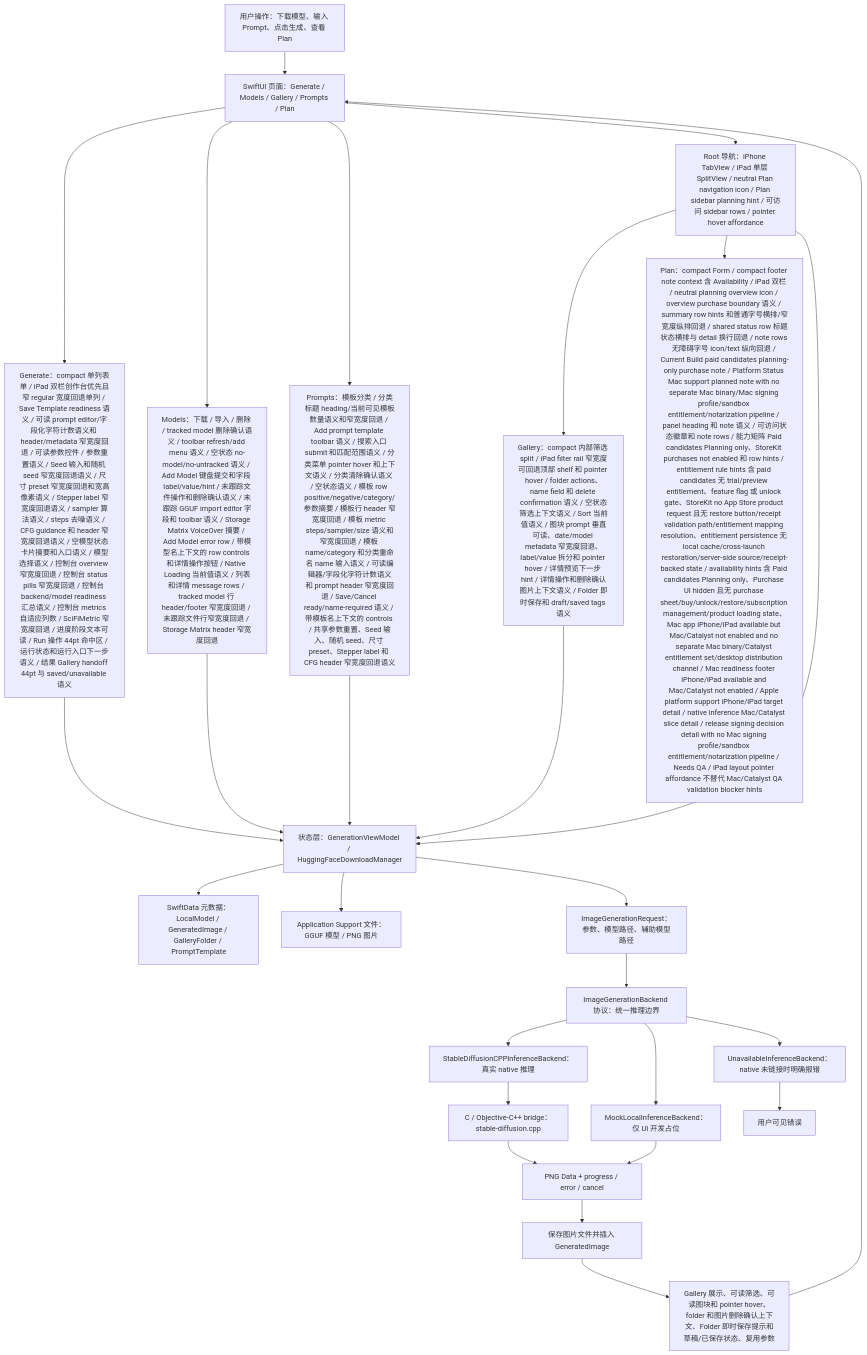
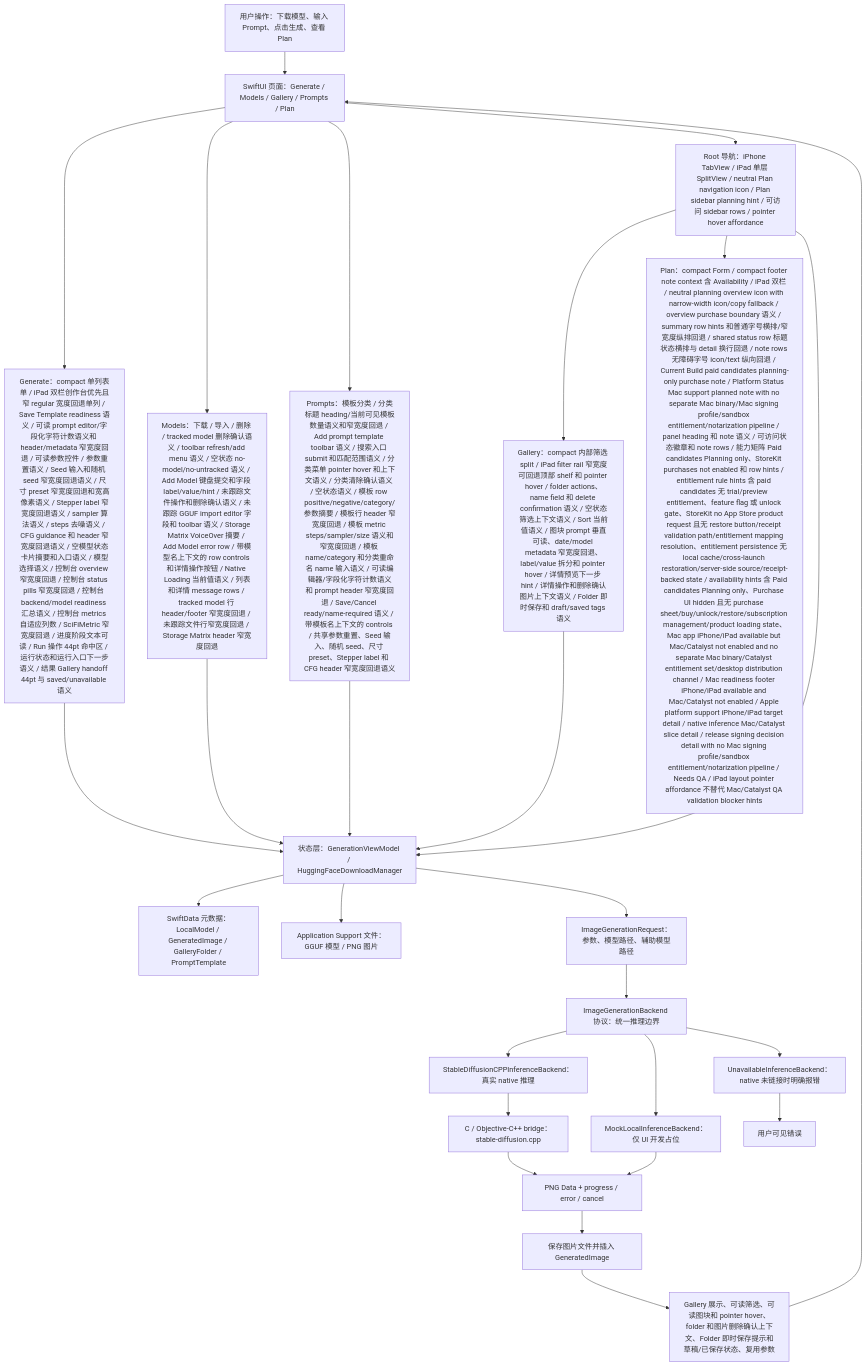
One commit to Altman-sam114/118 changed the first of 7 diagrams in md/flow/flowchart.md. Above: the diagram before and after it, drawn with Mermaid. The commit also changed 4 other files, not shown here.

First line of the commit message:
v1.148: Plan overview fallback

````diff
--- a/md/flow/flowchart.md
+++ b/md/flow/flowchart.md
@@ -9,29 +9,29 @@
 ```mermaid
 flowchart TD
   U["用户操作：下载模型、输入 Prompt、点击生成、查看 Plan"] --> UI["SwiftUI 页面：Generate / Models / Gallery / Prompts / Plan"]
   UI --> GENUI["Generate：compact 单列表单 / iPad 双栏创作台优先且窄 regular 宽度回退单列 / Save Template readiness 语义 / 可读 prompt editor/字段化字符计数语义和 header/metadata 窄宽度回退 / 可读参数控件 / 参数重置语义 / Seed 输入和随机 seed 窄宽度回退语义 / 尺寸 preset 窄宽度回退和宽高像素语义 / Stepper label 窄宽度回退语义 / sampler 算法语义 / steps 去噪语义 / CFG guidance 和 header 窄宽度回退语义 / 空模型状态卡片摘要和入口语义 / 模型选择语义 / 控制台 overview 窄宽度回退 / 控制台 status pills 窄宽度回退 / 控制台 backend/model readiness 汇总语义 / 控制台 metrics 自适应列数 / SciFiMetric 窄宽度回退 / 进度阶段文本可读 / Run 操作 44pt 命中区 / 运行状态和运行入口下一步语义 / 结果 Gallery handoff 44pt 与 saved/unavailable 语义"]
   UI --> MODELUI["Models：下载 / 导入 / 删除 / tracked model 删除确认语义 / toolbar refresh/add menu 语义 / 空状态 no-model/no-untracked 语义 / Add Model 键盘提交和字段 label/value/hint / 未跟踪文件操作和删除确认语义 / 未跟踪 GGUF import editor 字段和 toolbar 语义 / Storage Matrix VoiceOver 摘要 / Add Model error row / 带模型名上下文的 row controls 和详情操作按钮 / Native Loading 当前值语义 / 列表和详情 message rows / tracked model 行 header/footer 窄宽度回退 / 未跟踪文件行窄宽度回退 / Storage Matrix header 窄宽度回退"]
   UI --> PROMPTUI["Prompts：模板分类 / 分类标题 heading/当前可见模板数量语义和窄宽度回退 / Add prompt template toolbar 语义 / 搜索入口 submit 和匹配范围语义 / 分类菜单 pointer hover 和上下文语义 / 分类清除确认语义 / 空状态语义 / 模板 row positive/negative/category/参数摘要 / 模板行 header 窄宽度回退 / 模板 metric steps/sampler/size 语义和窄宽度回退 / 模板 name/category 和分类重命名 name 输入语义 / 可读编辑器/字段化字符计数语义和 prompt header 窄宽度回退 / Save/Cancel ready/name-required 语义 / 带模板名上下文的 controls / 共享参数重置、Seed 输入、随机 seed、尺寸 preset、Stepper label 和 CFG header 窄宽度回退语义"]
   UI --> NAV["Root 导航：iPhone TabView / iPad 单层 SplitView / neutral Plan navigation icon / Plan sidebar planning hint / 可访问 sidebar rows / pointer hover affordance"]
   NAV --> GALUI["Gallery：compact 内部筛选 split / iPad filter rail 窄宽度可回退顶部 shelf 和 pointer hover / folder actions、name field 和 delete confirmation 语义 / 空状态筛选上下文语义 / Sort 当前值语义 / 图块 prompt 垂直可读、date/model metadata 窄宽度回退、label/value 拆分和 pointer hover / 详情预览下一步 hint / 详情操作和删除确认图片上下文语义 / Folder 即时保存和 draft/saved tags 语义"]
-  NAV --> PLANUI["Plan：compact Form / compact footer note context 含 Availability / iPad 双栏 / neutral planning overview icon / overview purchase boundary 语义 / summary row hints 和普通字号横排/窄宽度纵排回退 / shared status row 标题状态横排与 detail 换行回退 / note rows 无障碍字号 icon/text 纵向回退 / Current Build paid candidates planning-only purchase note / Platform Status Mac support planned note with no separate Mac binary/Mac signing profile/sandbox entitlement/notarization pipeline / panel heading 和 note 语义 / 可访问状态徽章和 note rows / 能力矩阵 Paid candidates Planning only、StoreKit purchases not enabled 和 row hints / entitlement rule hints 含 paid candidates 无 trial/preview entitlement、feature flag 或 unlock gate、StoreKit no App Store product request 且无 restore button/receipt validation path/entitlement mapping resolution、entitlement persistence 无 local cache/cross-launch restoration/server-side source/receipt-backed state / availability hints 含 Paid candidates Planning only、Purchase UI hidden 且无 purchase sheet/buy/unlock/restore/subscription management/product loading state、Mac app iPhone/iPad available but Mac/Catalyst not enabled and no separate Mac binary/Catalyst entitlement set/desktop distribution channel / Mac readiness footer iPhone/iPad available and Mac/Catalyst not enabled / Apple platform support iPhone/iPad target detail / native inference Mac/Catalyst slice detail / release signing decision detail with no Mac signing profile/sandbox entitlement/notarization pipeline / Needs QA / iPad layout pointer affordance 不替代 Mac/Catalyst QA validation blocker hints"]
+  NAV --> PLANUI["Plan：compact Form / compact footer note context 含 Availability / iPad 双栏 / neutral planning overview icon with narrow-width icon/copy fallback / overview purchase boundary 语义 / summary row hints 和普通字号横排/窄宽度纵排回退 / shared status row 标题状态横排与 detail 换行回退 / note rows 无障碍字号 icon/text 纵向回退 / Current Build paid candidates planning-only purchase note / Platform Status Mac support planned note with no separate Mac binary/Mac signing profile/sandbox entitlement/notarization pipeline / panel heading 和 note 语义 / 可访问状态徽章和 note rows / 能力矩阵 Paid candidates Planning only、StoreKit purchases not enabled 和 row hints / entitlement rule hints 含 paid candidates 无 trial/preview entitlement、feature flag 或 unlock gate、StoreKit no App Store product request 且无 restore button/receipt validation path/entitlement mapping resolution、entitlement persistence 无 local cache/cross-launch restoration/server-side source/receipt-backed state / availability hints 含 Paid candidates Planning only、Purchase UI hidden 且无 purchase sheet/buy/unlock/restore/subscription management/product loading state、Mac app iPhone/iPad available but Mac/Catalyst not enabled and no separate Mac binary/Catalyst entitlement set/desktop distribution channel / Mac readiness footer iPhone/iPad available and Mac/Catalyst not enabled / Apple platform support iPhone/iPad target detail / native inference Mac/Catalyst slice detail / release signing decision detail with no Mac signing profile/sandbox entitlement/notarization pipeline / Needs QA / iPad layout pointer affordance 不替代 Mac/Catalyst QA validation blocker hints"]
   NAV --> VM["状态层：GenerationViewModel / HuggingFaceDownloadManager"]
   GENUI --> VM
   MODELUI --> VM
   PROMPTUI --> VM
   GALUI --> VM
   VM --> SD["SwiftData 元数据：LocalModel / GeneratedImage / GalleryFolder / PromptTemplate"]
   VM --> FS["Application Support 文件：GGUF 模型 / PNG 图片"]
   VM --> REQ["ImageGenerationRequest：参数、模型路径、辅助模型路径"]
   REQ --> IFACE["ImageGenerationBackend 协议：统一推理边界"]
   IFACE --> NATIVE["StableDiffusionCPPInferenceBackend：真实 native 推理"]
   IFACE --> MOCK["MockLocalInferenceBackend：仅 UI 开发占位"]
   IFACE --> OFF["UnavailableInferenceBackend：native 未链接时明确报错"]
   NATIVE --> BRIDGE["C / Objective-C++ bridge：stable-diffusion.cpp"]
   BRIDGE --> PNG["PNG Data + progress / error / cancel"]
   MOCK --> PNG
   OFF --> ERR["用户可见错误"]
   PNG --> SAVE["保存图片文件并插入 GeneratedImage"]
   SAVE --> GALLERY["Gallery 展示、可读筛选、可读图块和 pointer hover、folder 和图片删除确认上下文、Folder 即时保存提示和草稿/已保存状态、复用参数"]
   GALLERY --> UI
 ```
````
